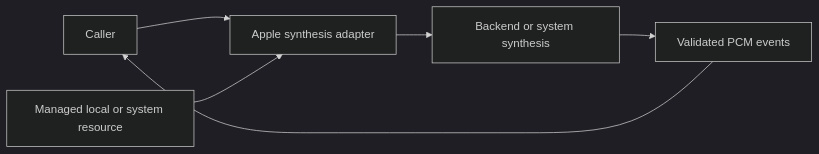
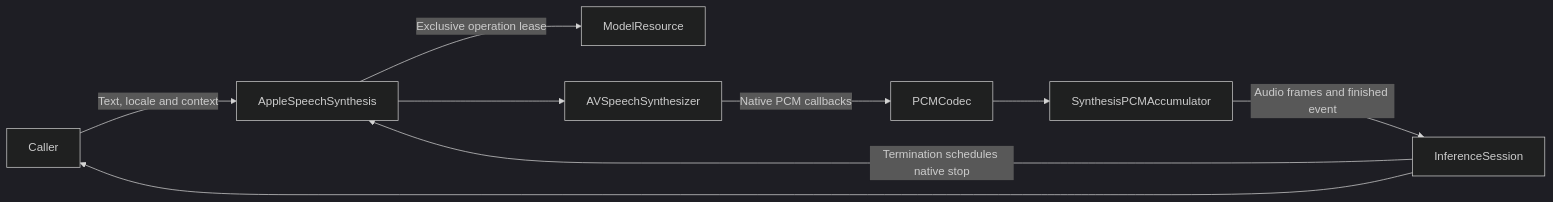
The diagram in MobileHarness/ModelKit/Speech/TTS/Apple/README.md (devilyouwei/MobileHarness), drawn with Mermaid (dark theme) before and after one commit. The commit also changed other lines of this file and 102 other files, not shown here.

````diff
--- a/MobileHarness/ModelKit/Speech/TTS/Apple/README.md
+++ b/MobileHarness/ModelKit/Speech/TTS/Apple/README.md
@@ -15,8 +15,11 @@
 ```mermaid
 flowchart LR
- Caller --> Adapter[Apple synthesis adapter]
- Resource[Managed local or system resource] --> Adapter
- Adapter --> Native[Backend or system synthesis]
- Native --> PCM[Validated PCM events]
- PCM --> Caller
+ Caller -->|Text, locale and context| Adapter[AppleSpeechSynthesis]
+ Adapter -->|Exclusive operation lease| Resource[ModelResource]
+ Adapter --> Native[AVSpeechSynthesizer]
+ Native -->|Native PCM callbacks| Codec[PCMCodec]
+ Codec --> Accumulator[SynthesisPCMAccumulator]
+ Accumulator -->|Audio frames and finished event| Session[InferenceSession]
+ Session --> Caller
+ Session -->|Termination schedules native stop| Adapter
 ```
````
